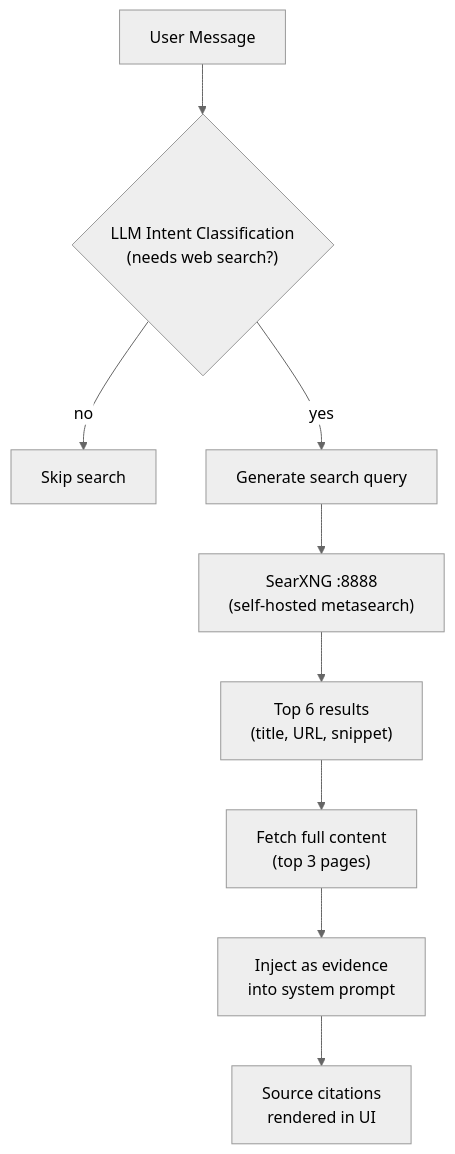
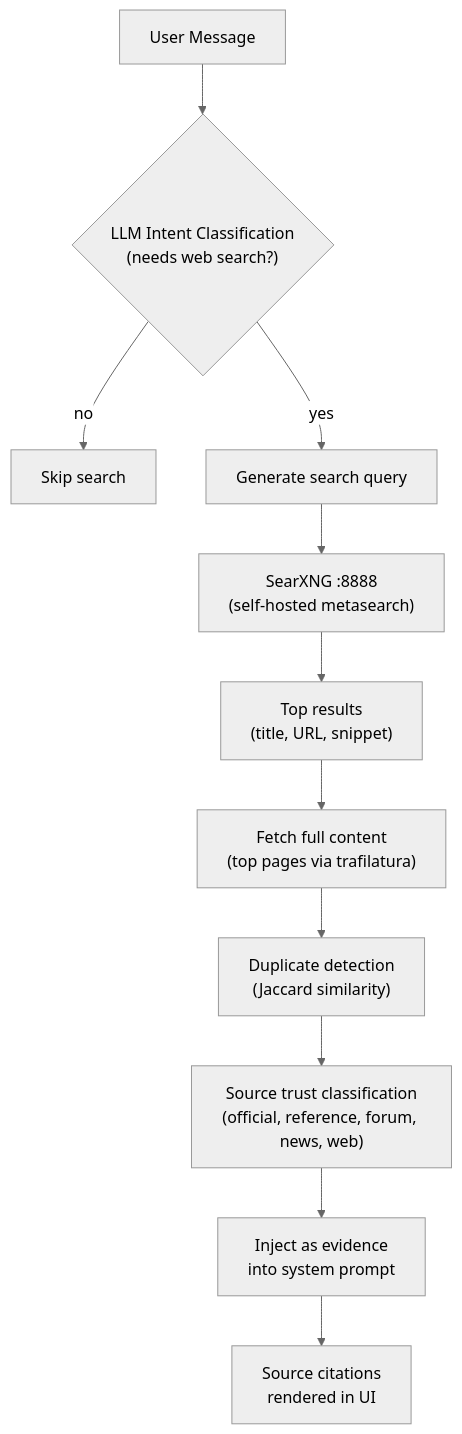
Before and after one commit to Jimmy6929/Molebie_AI: the fifth of 12 diagrams in full_system_architecture_map_730d3d3f.plan.md, drawn with Mermaid (neutral theme). The commit also changed other lines of this file, not shown here.

````diff
--- a/full_system_architecture_map_730d3d3f.plan.md
+++ b/full_system_architecture_map_730d3d3f.plan.md
@@ -214,14 +237,16 @@
 ```mermaid
 flowchart TD
     Msg["User Message"]
     Classify{"LLM Intent Classification\n(needs web search?)"}
 
     Msg --> Classify
     Classify -->|"no"| Skip["Skip search"]
     Classify -->|"yes"| Query["Generate search query"]
     Query --> SearX["SearXNG :8888\n(self-hosted metasearch)"]
-    SearX --> Results["Top 6 results\n(title, URL, snippet)"]
-    Results --> Fetch["Fetch full content\n(top 3 pages)"]
-    Fetch --> Inject["Inject as evidence\ninto system prompt"]
+    SearX --> Results["Top results\n(title, URL, snippet)"]
+    Results --> Fetch["Fetch full content\n(top pages via trafilatura)"]
+    Fetch --> Dedup["Duplicate detection\n(Jaccard similarity)"]
+    Dedup --> Trust["Source trust classification\n(official, reference, forum, news, web)"]
+    Trust --> Inject["Inject as evidence\ninto system prompt"]
     Inject --> Citations["Source citations\nrendered in UI"]
 ```
````
